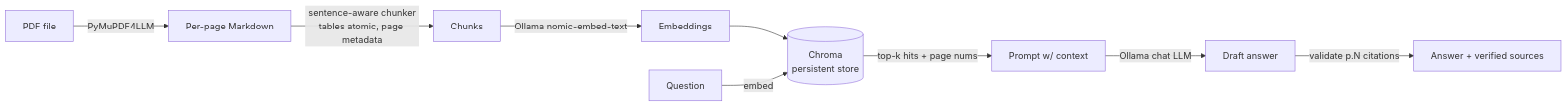
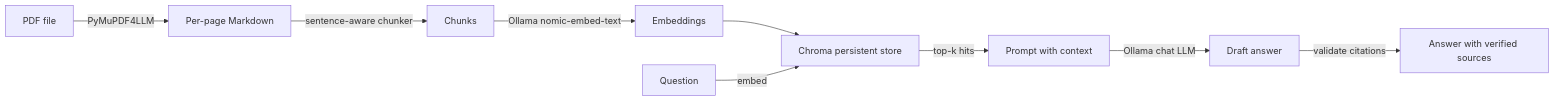
One commit to sohamwagh777/chat-with-your-pdfs changed the diagram in README.md. Above: the diagram before and after it, drawn with Mermaid.

Commit message:
fix: quote mermaid labels and drop br tags for GitHub renderer compatibility

````diff
--- a/README.md
+++ b/README.md
@@ -23,11 +23,11 @@
 ```mermaid
 flowchart LR
-    PDF[PDF file] -->|PyMuPDF4LLM| MD[Per-page Markdown]
-    MD -->|sentence-aware chunker<br/>tables atomic, page metadata| CH[Chunks]
-    CH -->|Ollama nomic-embed-text| V[Embeddings]
-    V --> DB[(Chroma<br/>persistent store)]
-    Q[Question] -->|embed| DB
-    DB -->|top-k hits + page nums| PR[Prompt w/ context]
-    PR -->|Ollama chat LLM| AN[Draft answer]
-    AN -->|validate p.N citations| OUT[Answer + verified sources]
+    PDF["PDF file"] -->|"PyMuPDF4LLM"| MD["Per-page Markdown"]
+    MD -->|"sentence-aware chunker"| CH["Chunks"]
+    CH -->|"Ollama nomic-embed-text"| V["Embeddings"]
+    V --> DB["Chroma persistent store"]
+    Q["Question"] -->|"embed"| DB
+    DB -->|"top-k hits"| PR["Prompt with context"]
+    PR -->|"Ollama chat LLM"| AN["Draft answer"]
+    AN -->|"validate citations"| OUT["Answer with verified sources"]
 ```
````
